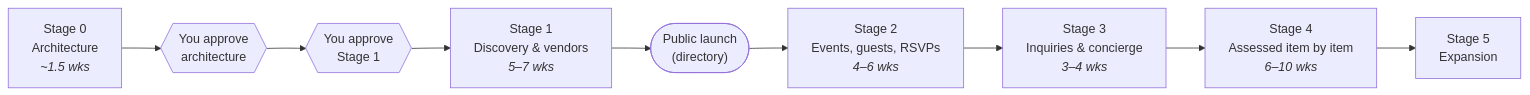
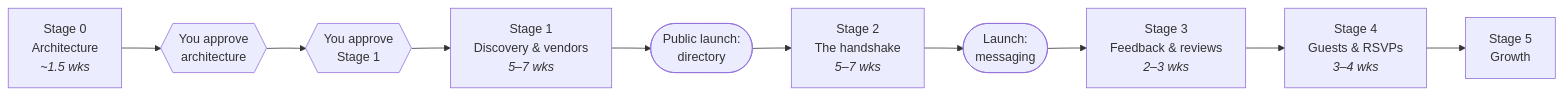
The diagram in docs/roadmap.md (supportlocalites/betalocalites), drawn with Mermaid before and after one commit. The commit also changed other lines of this file and 19 other files, not shown here.

````diff
--- a/docs/roadmap.md
+++ b/docs/roadmap.md
@@ -19,11 +21,12 @@
 ```mermaid
 flowchart LR
     S0["Stage 0<br/>Architecture<br/><i>~1.5 wks</i>"] --> G0{{"You approve<br/>architecture"}}
     G0 --> G1{{"You approve<br/>Stage 1"}}
     G1 --> S1["Stage 1<br/>Discovery & vendors<br/><i>5–7 wks</i>"]
-    S1 --> L1(["Public launch<br/>(directory)"])
-    L1 --> S2["Stage 2<br/>Events, guests, RSVPs<br/><i>4–6 wks</i>"]
-    S2 --> S3["Stage 3<br/>Inquiries & concierge<br/><i>3–4 wks</i>"]
-    S3 --> S4["Stage 4<br/>Assessed item by item<br/><i>6–10 wks</i>"]
-    S4 --> S5["Stage 5<br/>Expansion"]
+    S1 --> L1(["Public launch:<br/>directory"])
+    L1 --> S2["Stage 2<br/>The handshake<br/><i>5–7 wks</i>"]
+    S2 --> L2(["Launch:<br/>messaging"])
+    L2 --> S3["Stage 3<br/>Feedback & reviews<br/><i>2–3 wks</i>"]
+    S3 --> S4["Stage 4<br/>Guests & RSVPs<br/><i>3–4 wks</i>"]
+    S4 --> S5["Stage 5<br/>Growth"]
 ```
````
